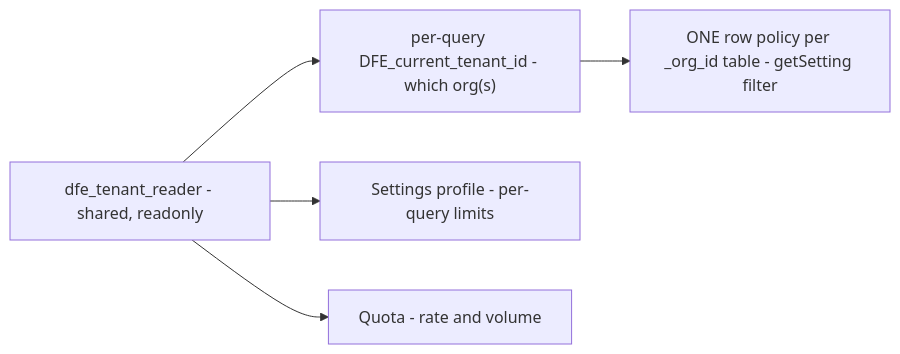
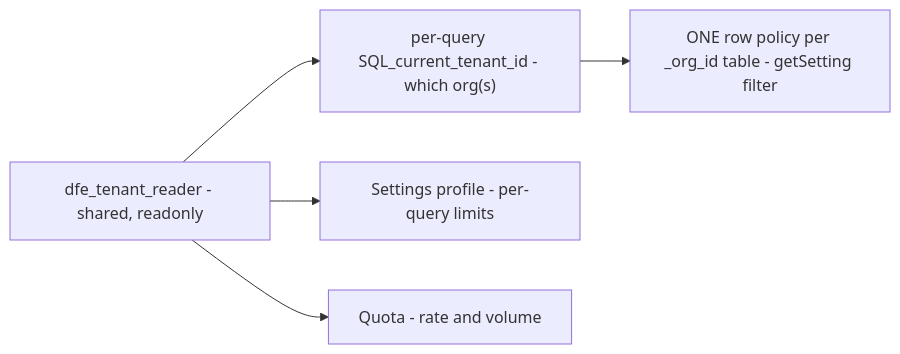
Before and after one commit to hyperi-io/dfe-engine: the fourth of 8 diagrams in docs/GOVERNED-OPS-DESIGN.md, drawn with Mermaid. The commit also changed other lines of this file and 132 other files, not shown here.

````diff
--- a/docs/GOVERNED-OPS-DESIGN.md
+++ b/docs/GOVERNED-OPS-DESIGN.md
@@ -149,13 +149,13 @@
 ```mermaid
 graph LR
     Reader["dfe_tenant_reader - shared, readonly"]
-    Setting["per-query DFE_current_tenant_id - which org(s)"]
+    Setting["per-query SQL_current_tenant_id - which org(s)"]
     Policy["ONE row policy per _org_id table - getSetting filter"]
     Profile["Settings profile - per-query limits"]
     Quota["Quota - rate and volume"]
 
     Reader --> Setting
     Setting --> Policy
     Reader --> Profile
     Reader --> Quota
 ```
````
